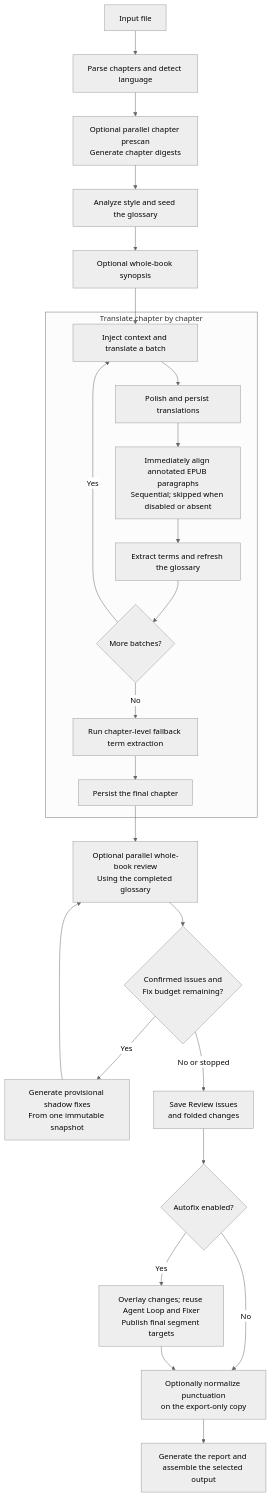
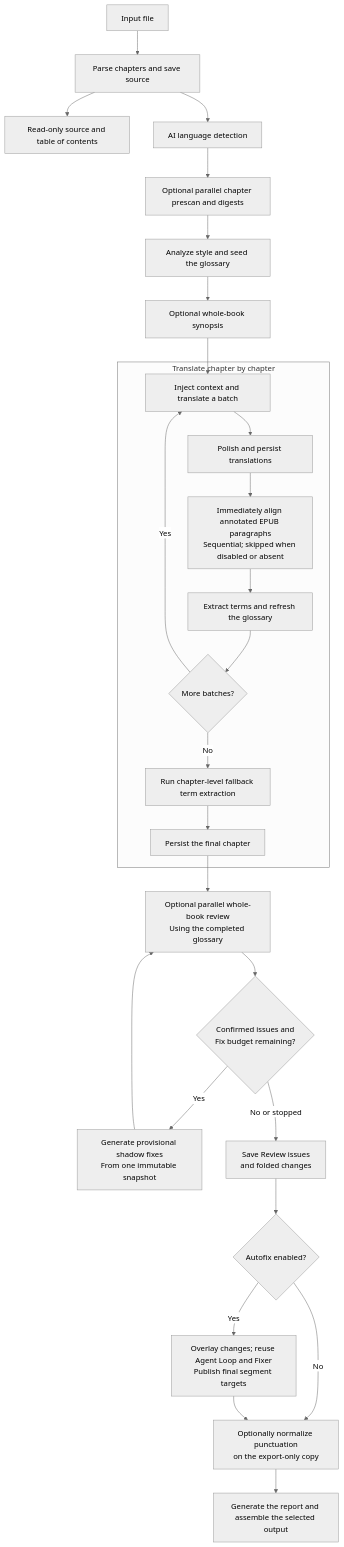
One commit to BigDawnGhost/wenyi changed the first of 2 diagrams in docs/pipeline.md. Above: the diagram before and after it, drawn with Mermaid (neutral theme). The commit also changed other lines of this file and 44 other files, not shown here.

````diff
--- a/docs/pipeline.md
+++ b/docs/pipeline.md
@@ -7,30 +9,32 @@
 ```mermaid
 flowchart TD
-    A[Input file] --> B[Parse chapters and detect language]
-    B --> C[Optional parallel chapter prescan<br/>Generate chapter digests]
+    A[Input file] --> B["Parse chapters and save source"]
+    B --> BV["Read-only source and table of contents"]
+    B --> BL["AI language detection"]
+    BL --> C["Optional parallel chapter prescan and digests"]
     C --> D[Analyze style and seed the glossary]
     D --> DS[Optional whole-book synopsis]
     DS --> E
 
     subgraph T[Translate chapter by chapter]
         E[Inject context and translate a batch]
         E --> F[Polish and persist translations]
         F --> FA[Immediately align annotated EPUB paragraphs<br/>Sequential; skipped when disabled or absent]
         FA --> G[Extract terms and refresh the glossary]
         G --> H{More batches?}
         H -- Yes --> E
         H -- No --> IB[Run chapter-level fallback term extraction]
         IB --> J[Persist the final chapter]
     end
 
     J --> K[Optional parallel whole-book review<br/>Using the completed glossary]
     K --> N{Confirmed issues and<br/>Fix budget remaining?}
     N -- Yes --> O[Generate provisional shadow fixes<br/>From one immutable snapshot]
     O --> K
     N -- No or stopped --> P[Save Review issues<br/>and folded changes]
     P --> Q{Autofix enabled?}
     Q -- Yes --> R[Overlay changes; reuse Agent Loop and Fixer<br/>Publish final segment targets]
     Q -- No --> X[Optionally normalize punctuation<br/>on the export-only copy]
     R --> X
     X --> M[Generate the report and assemble the selected output]
 ```
````
